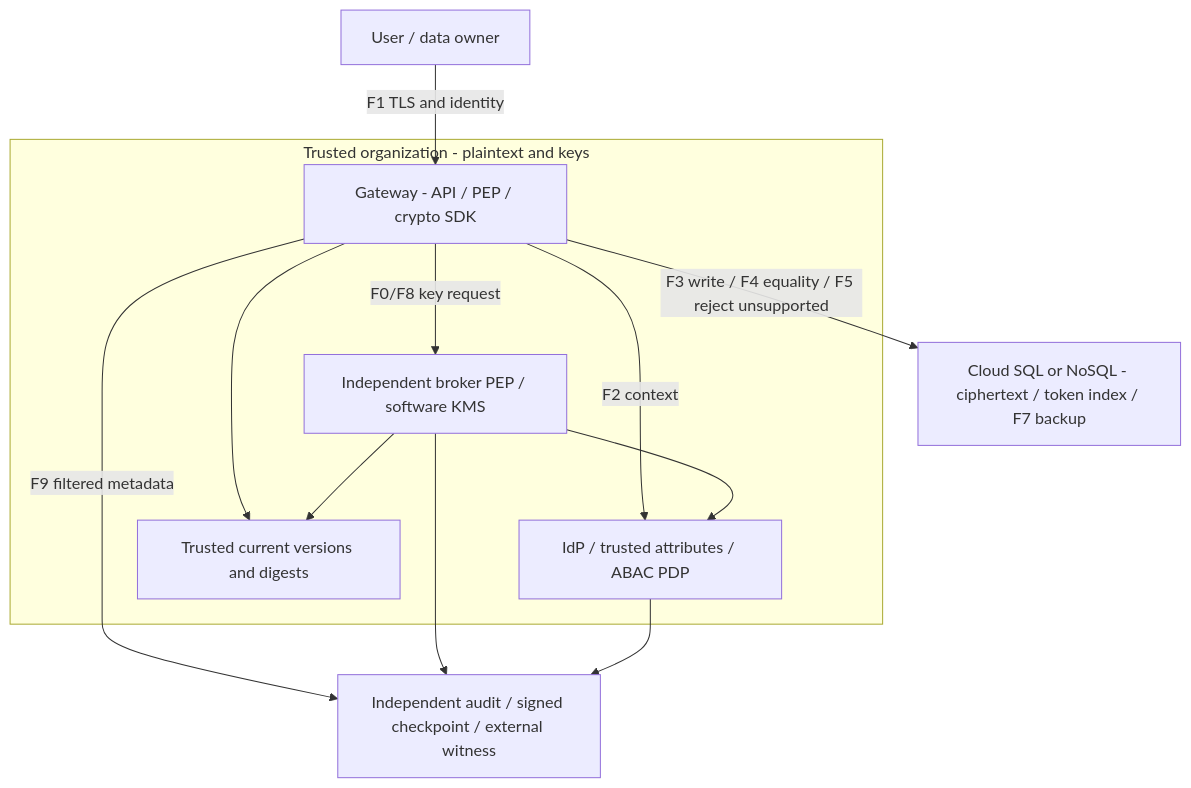
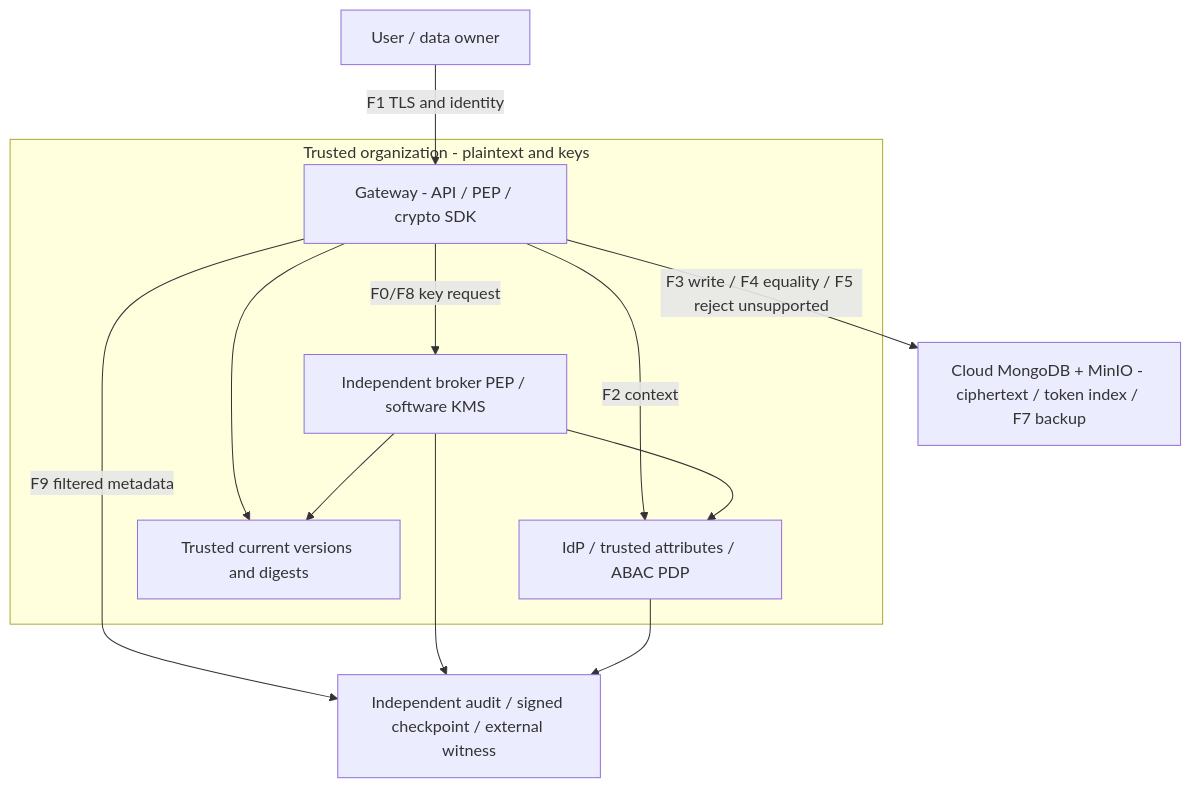
One commit to daovohuuhiep2003/NT2205.22.CH-MedShare-Lab-Topic-18 changed the diagram in docs/diagrams/proposal-overview.mmd. Above: the diagram before and after it, drawn with Mermaid. The commit also changed 10 other files, not shown here.

First line of the commit message:
docs(proposal): update to v1.2 to match implemented architecture

```diff
--- a/docs/diagrams/proposal-overview.mmd
+++ b/docs/diagrams/proposal-overview.mmd
@@ -1,18 +1,18 @@
 flowchart TB
   U["User / data owner"]
   subgraph Z1["Trusted organization - plaintext and keys"]
     G["Gateway - API / PEP / crypto SDK"]
     P["IdP / trusted attributes / ABAC PDP"]
     B["Independent broker PEP / software KMS"]
     V["Trusted current versions and digests"]
     G -->|"F2 context"| P
     G -->|"F0/F8 key request"| B
     B --> P
     G --> V
     B --> V
   end
   U -->|"F1 TLS and identity"| G
-  G -->|"F3 write / F4 equality / F5 reject unsupported"| D["Cloud SQL or NoSQL - ciphertext / token index / F7 backup"]
+  G -->|"F3 write / F4 equality / F5 reject unsupported"| D["Cloud MongoDB + MinIO - ciphertext / token index / F7 backup"]
   G -->|"F9 filtered metadata"| A["Independent audit / signed checkpoint / external witness"]
   B --> A
   P --> A
```
